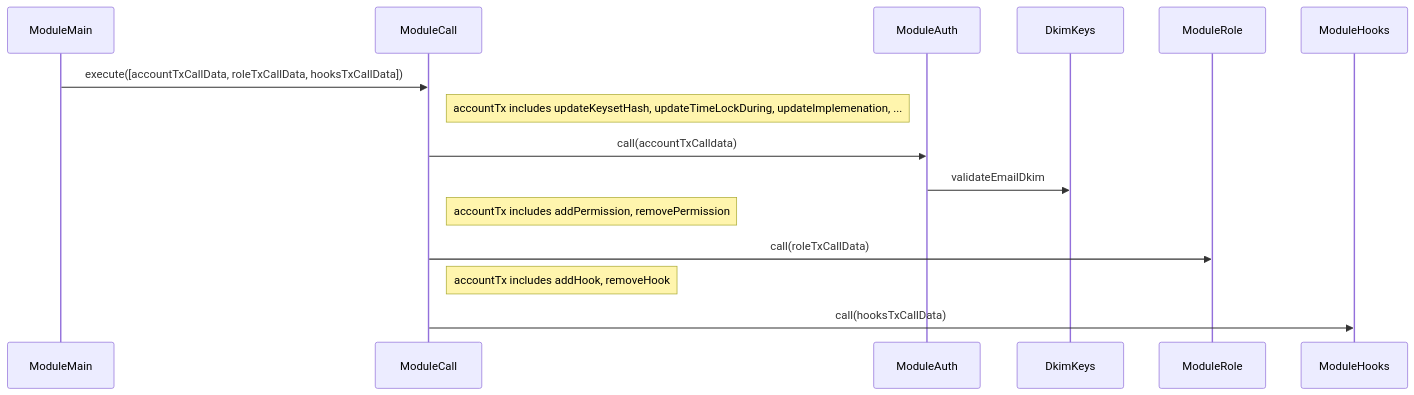
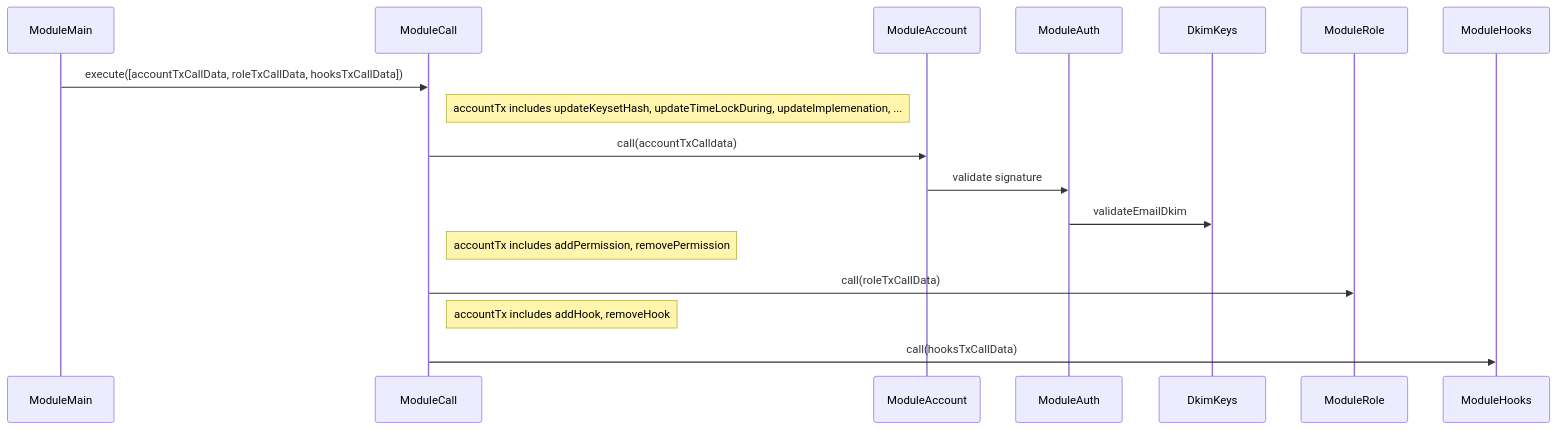
Before and after one commit to UniPassID/Unipass-Wallet-Contract: the first of 5 diagrams in README.md, drawn with Mermaid. The commit also changed other lines of this file, not shown here.

````diff
--- a/README.md
+++ b/README.md
@@ -15,18 +16,20 @@
 ```mermaid
 sequenceDiagram
     participant ModuleMain
     participant ModuleCall
+    participant ModuleAccount
     participant ModuleAuth
     participant DkimKeys
     participant ModuleRole
     participant ModuleHooks
 
     ModuleMain->>ModuleCall: execute([accountTxCallData, roleTxCallData, hooksTxCallData])
     Note right of ModuleCall: accountTx includes updateKeysetHash, updateTimeLockDuring, updateImplemenation, ...
-    ModuleCall->>ModuleAuth: call(accountTxCalldata)
+    ModuleCall->>ModuleAccount: call(accountTxCalldata)
+    ModuleAccount->>ModuleAuth: validate signature
     ModuleAuth->>DkimKeys: validateEmailDkim
     Note right of ModuleCall: accountTx includes addPermission, removePermission
     ModuleCall->>ModuleRole: call(roleTxCallData)
     Note right of ModuleCall: accountTx includes addHook, removeHook
     ModuleCall->>ModuleHooks: call(hooksTxCallData)
 ```
````
